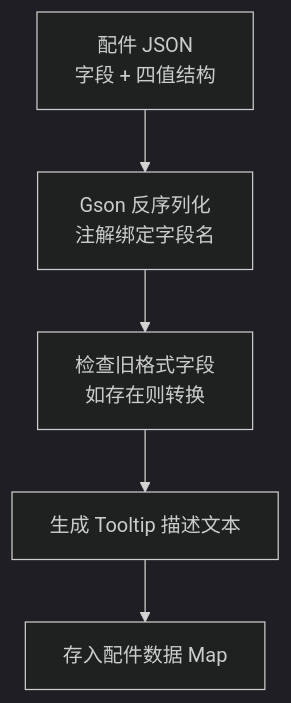
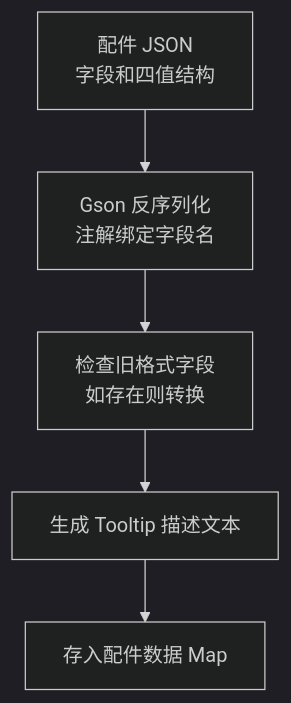
One commit to XColorful/Custom-Gun-Continued changed the first of 2 diagrams in docs-tacz/architecture/resource/modifier/modifier-interface.md. Above: the diagram before and after it, drawn with Mermaid (dark theme). The commit also changed other lines of this file and 12 other files, not shown here.

````diff
--- a/docs-tacz/architecture/resource/modifier/modifier-interface.md
+++ b/docs-tacz/architecture/resource/modifier/modifier-interface.md
@@ -22,7 +22,7 @@
 ```mermaid
 flowchart TD
-    JSON[配件 JSON<br/>字段 + 四值结构] --> parse[Gson 反序列化<br/>注解绑定字段名]
+    JSON[配件 JSON<br/>字段和四值结构] --> parse[Gson 反序列化<br/>注解绑定字段名]
     parse --> compat[检查旧格式字段<br/>如存在则转换]
     compat --> prop[生成 Tooltip 描述文本]
     prop --> store[存入配件数据 Map]
 ```
````
